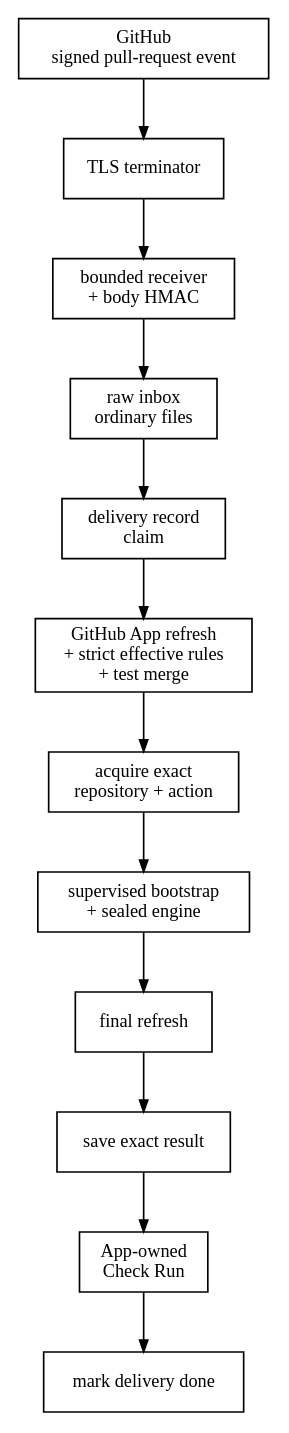
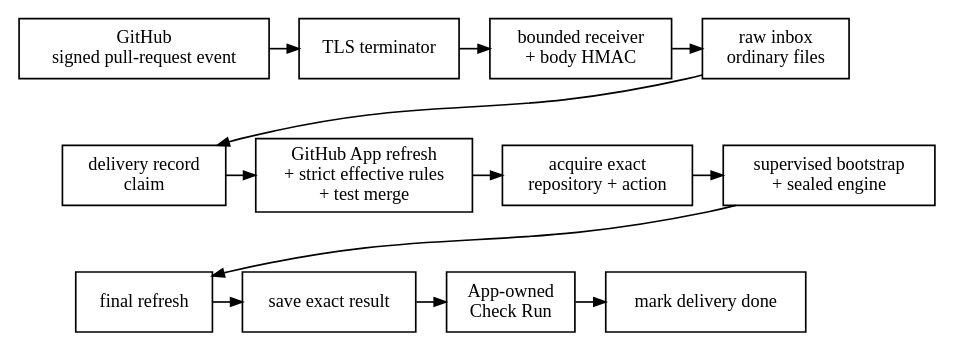
The diagram in docs/src/provider-github.md (HardMax71/amiss), drawn with Graphviz before and after one commit. The commit also changed 2 other files, not shown here.

Commit message:
Snake the provider flow diagrams
A twelve-box chain was unreadable as a strip and worse as a single
column. Each flow now wraps into three left-to-right rows: rows pinned
by an invisible spine, the wrap edges drawn without layout constraint so
they connect the rows instead of shearing them sideways. The GitHub
diagram fits the content width at 521 points; the siblings match.

````diff
--- a/docs/src/provider-github.md
+++ b/docs/src/provider-github.md
@@ -21,20 +21,29 @@
 ```dot process
 digraph provider_controls {
   rankdir = TB;
   node [shape = box, fontname = "Latin Modern, Georgia, serif", fontsize = 11];
   edge [arrowsize = 0.7, fontname = "Latin Modern, Georgia, serif", fontsize = 10];
   github [label = "GitHub\nsigned pull-request event"];
   tls    [label = "TLS terminator"];
   gate   [label = "bounded receiver\n+ body HMAC"];
   inbox  [label = "raw inbox\nordinary files"];
   claim  [label = "delivery record\nclaim"];
   api1   [label = "GitHub App refresh\n+ strict effective rules\n+ test merge"];
   fetch  [label = "acquire exact\nrepository + action"];
   boot   [label = "supervised bootstrap\n+ sealed engine"];
   api2   [label = "final refresh"];
   save   [label = "save exact result"];
   check  [label = "App-owned\nCheck Run"];
   done   [label = "mark delivery done"];
-  github -> tls -> gate -> inbox -> claim -> api1 -> fetch -> boot -> api2 -> save -> check -> done;
+  { rank = same; github; tls; gate; inbox; }
+  { rank = same; claim; api1; fetch; boot; }
+  { rank = same; api2; save; check; done; }
+  github -> tls -> gate -> inbox;
+  claim -> api1 -> fetch -> boot;
+  api2 -> save -> check -> done;
+  inbox -> claim [constraint = false];
+  boot -> api2 [constraint = false];
+  github -> claim -> api2 [style = invis];
+
 }
 ```
````
